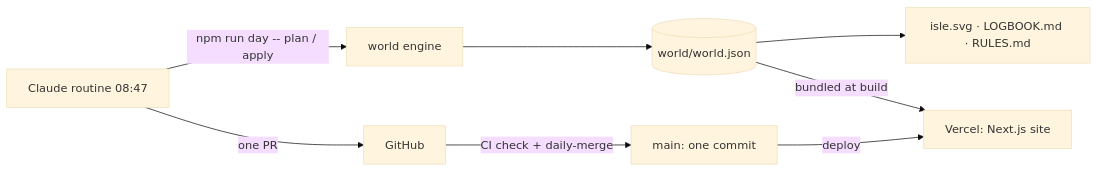
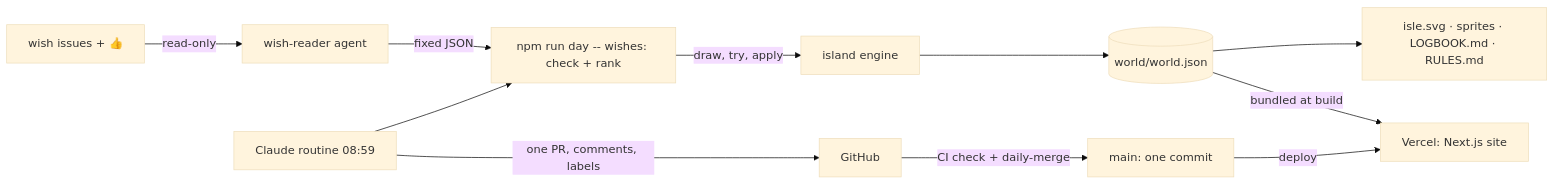
The diagram in docs/ARCHITEKTUR.md (Fluory/wished-into-being), drawn with Mermaid (base theme) before and after one commit. The commit also changed other lines of this file and 35 other files, not shown here.

First line of the commit message:
Wish flow, routine, evals, docs and media

````diff
--- a/docs/ARCHITEKTUR.md
+++ b/docs/ARCHITEKTUR.md
@@ -48,10 +66,13 @@
 ```mermaid
 flowchart LR
-  R[Claude routine 08:47] -->|npm run day -- plan / apply| E[world engine]
+  I[wish issues + 👍] -->|read-only| WR[wish-reader agent]
+  WR -->|fixed JSON| C[npm run day -- wishes: check + rank]
+  R[Claude routine 08:59] --> C
+  C -->|draw, try, apply| E[island engine]
   E --> W[(world/world.json)]
-  W --> S[isle.svg · LOGBOOK.md · RULES.md]
-  R -->|one PR| G[GitHub]
+  W --> S[isle.svg · sprites · LOGBOOK.md · RULES.md]
+  R -->|one PR, comments, labels| G[GitHub]
   G -->|CI check + daily-merge| M[main: one commit]
   M -->|deploy| V[Vercel: Next.js site]
   W -->|bundled at build| V
 ```
````
